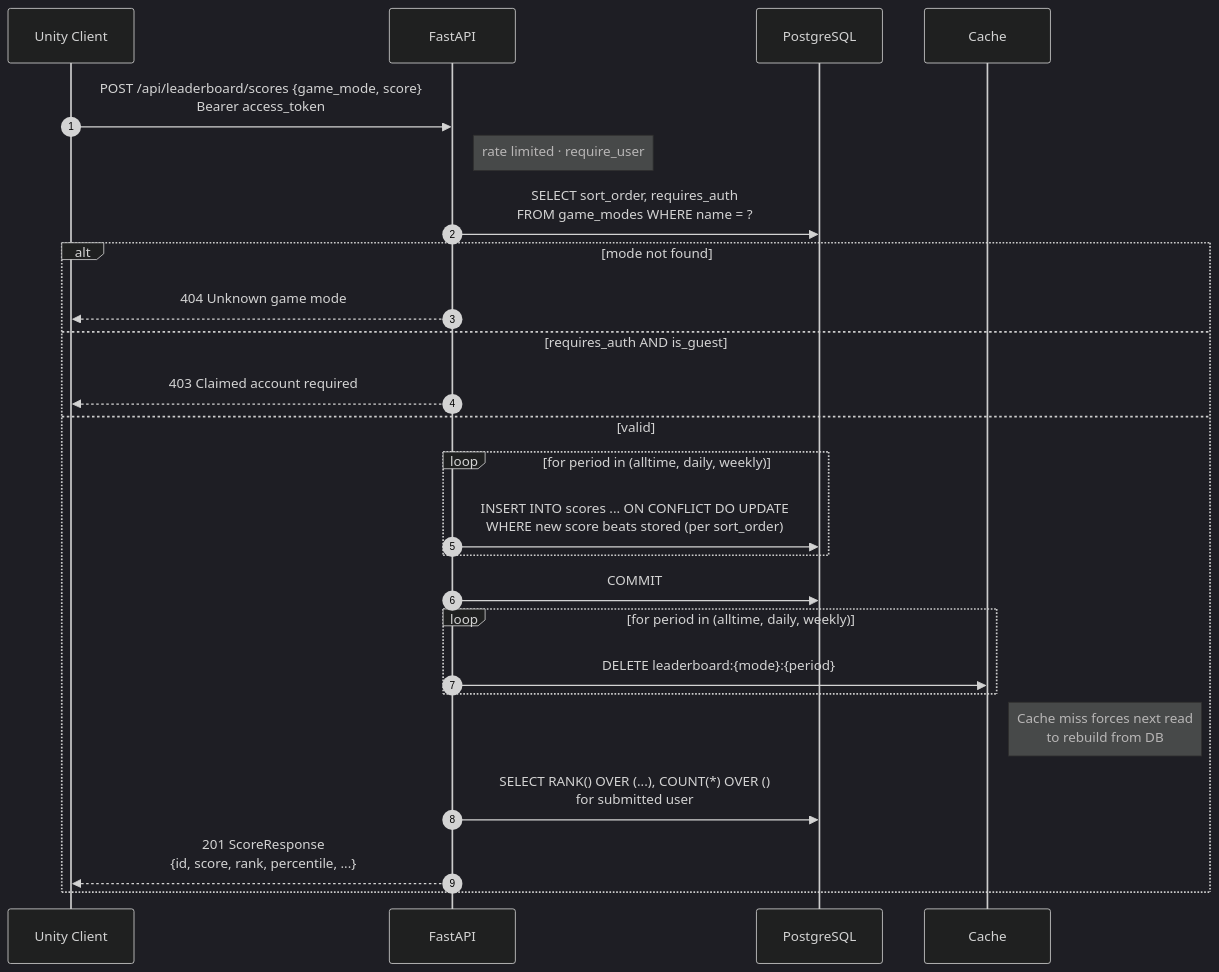
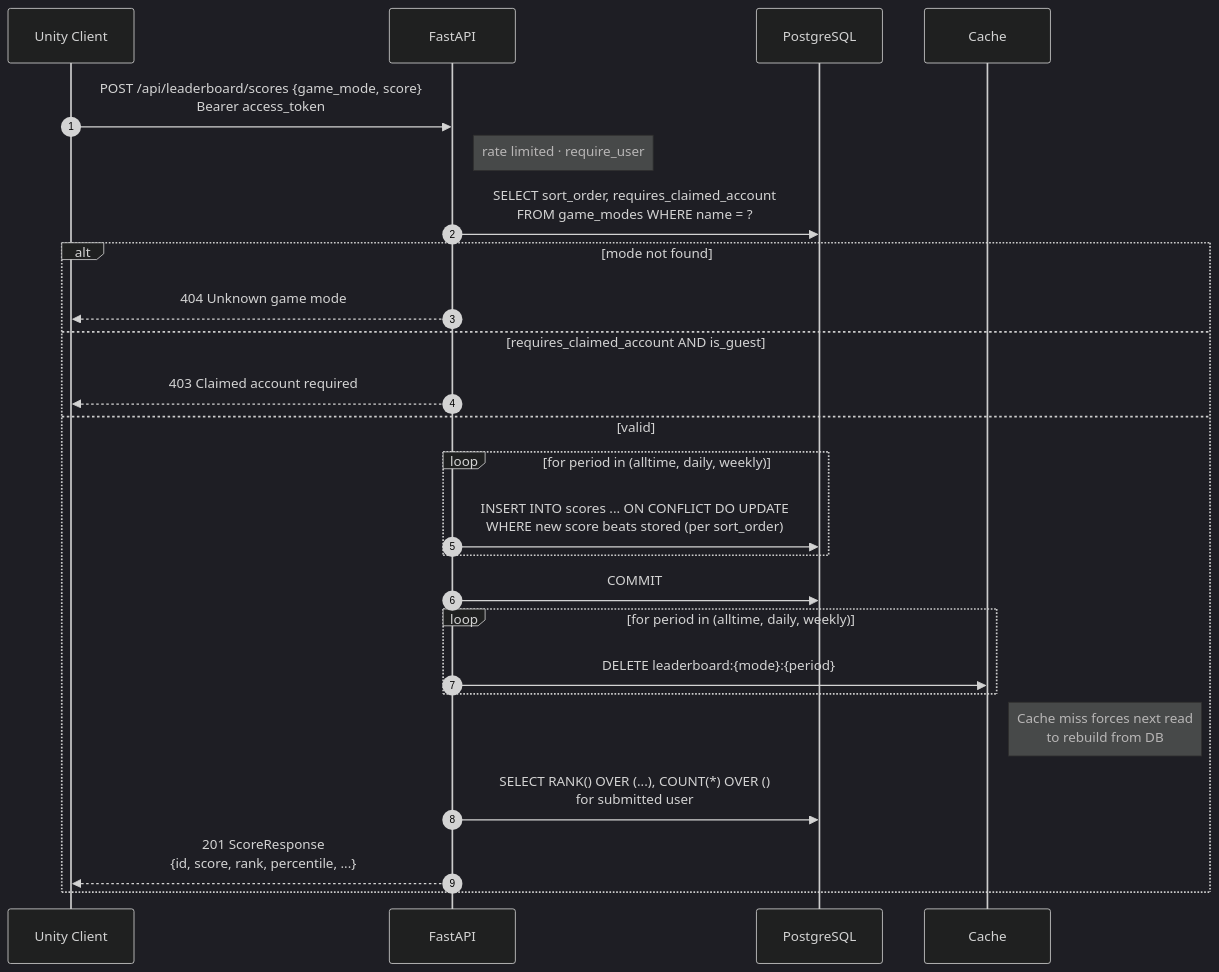
The fourth of 4 diagrams in README.md (EricMay256/HighScoreServer), drawn with Mermaid (dark theme) before and after one commit. The commit also changed other lines of this file, not shown here.

````diff
--- a/README.md
+++ b/README.md
@@ -219,27 +219,27 @@
 ```mermaid
 sequenceDiagram
     autonumber
     participant U as Unity Client
     participant API as FastAPI
     participant DB as PostgreSQL
     participant C as Cache
     U->>API: POST /api/leaderboard/scores {game_mode, score}<br/>Bearer access_token
     Note right of API: rate limited · require_user
-    API->>DB: SELECT sort_order, requires_auth<br/>FROM game_modes WHERE name = ?
+    API->>DB: SELECT sort_order, requires_claimed_account<br/>FROM game_modes WHERE name = ?
     alt mode not found
         API-->>U: 404 Unknown game mode
-    else requires_auth AND is_guest
+    else requires_claimed_account AND is_guest
         API-->>U: 403 Claimed account required
     else valid
         loop for period in (alltime, daily, weekly)
             API->>DB: INSERT INTO scores ... ON CONFLICT DO UPDATE<br/>WHERE new score beats stored (per sort_order)
         end
         API->>DB: COMMIT
         loop for period in (alltime, daily, weekly)
             API->>C: DELETE leaderboard:{mode}:{period}
         end
         Note right of C: Cache miss forces next read<br/>to rebuild from DB
         API->>DB: SELECT RANK() OVER (...), COUNT(*) OVER ()<br/>for submitted user
         API-->>U: 201 ScoreResponse<br/>{id, score, rank, percentile, ...}
     end
 ```
````
